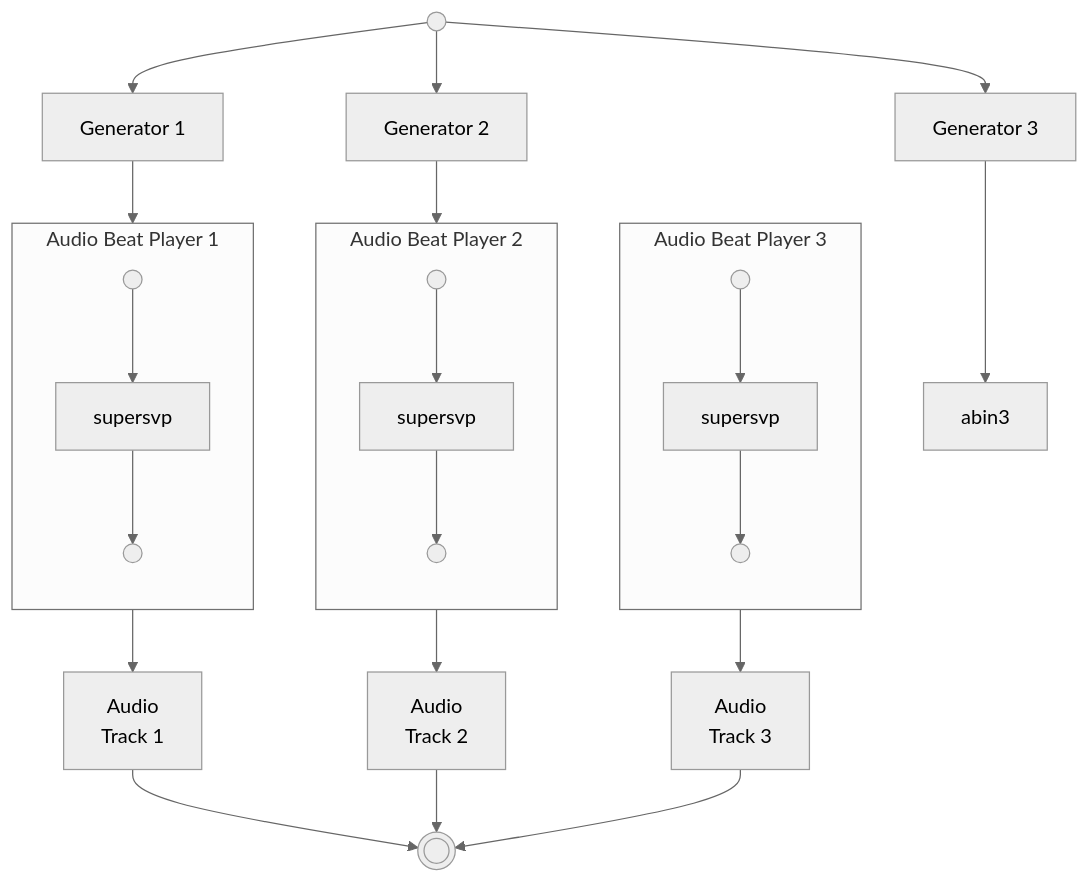
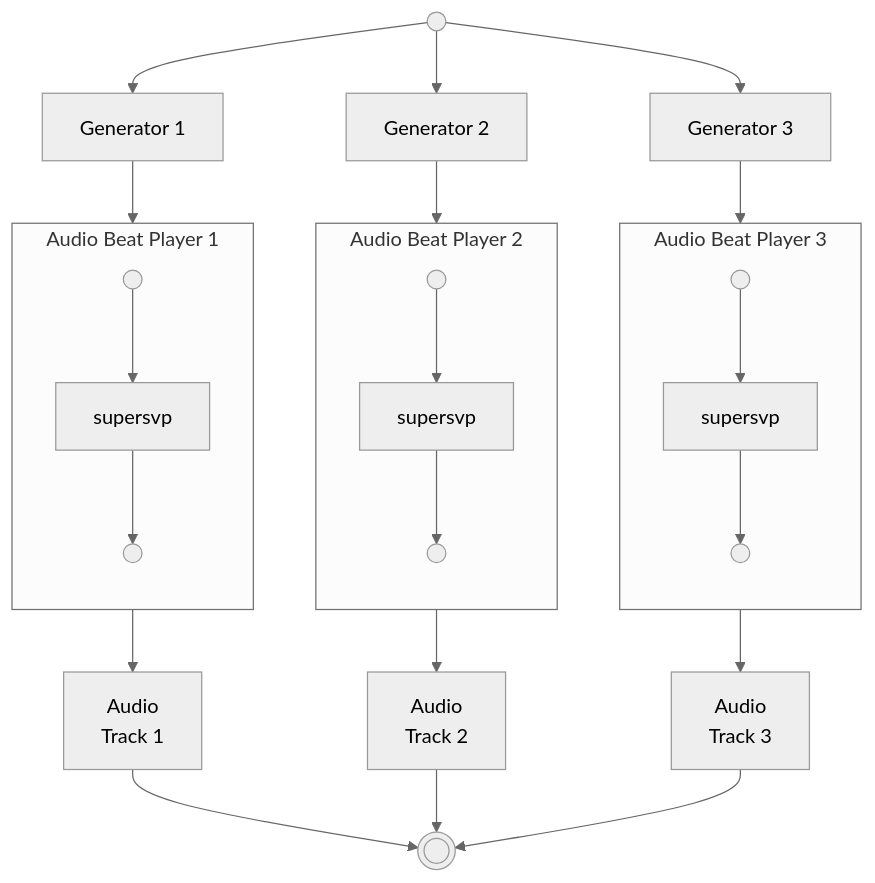
The third of 3 diagrams in content/3_API/6_architecture/3_synchronous_data_model/_index.md (repmus-docs/DjazzDocs), drawn with Mermaid (neutral theme) before and after one commit. The commit also changed 1 other file, not shown here.

Commit message:
corrected mermaid diagrams

```diff
--- a/content/3_API/6_architecture/3_synchronous_data_model/_index.md
+++ b/content/3_API/6_architecture/3_synchronous_data_model/_index.md
@@ -78,45 +78,45 @@
 {{<mermaid align="left">}}
 flowchart TB;
 gIn(( ))
 g1[Generator 1]
 g2[Generator 2]
 g3[Generator 3]
 
 subgraph abPlayer1[Audio Beat Player 1];
 direction TB
 	ab1in(( ))
 	ab1out(( ))
 	svp1[supersvp]
 	ab1in --> svp1 --> ab1out
 end
 
 subgraph abPlayer2[Audio Beat Player 2];
 direction TB
 	ab2in(( ))
 	ab2out(( ))
 	svp2[supersvp]
 	ab2in --> svp2 --> ab2out
 end
 
 subgraph abPlayer3[Audio Beat Player 3];
 direction TB
 	ab3in(( ))
 	ab3out(( ))
 	svp3[supersvp]
 	ab3in --> svp3 --> ab3out
 end
 
 t1[Audio\nTrack 1]
 t2[Audio\nTrack 2]
 t3[Audio\nTrack 3]
 
 gOut((( )))
 
 gIn --> g1 --> ab1in 
 ab1out --> t1 --> gOut
 gIn --> g2 --> ab2in
 ab2out --> t2 --> gOut
-gIn --> g3 --> abin3 
+gIn --> g3 --> ab3in 
 ab3out --> t3 --> gOut
 
 {{< /mermaid >}}
```
